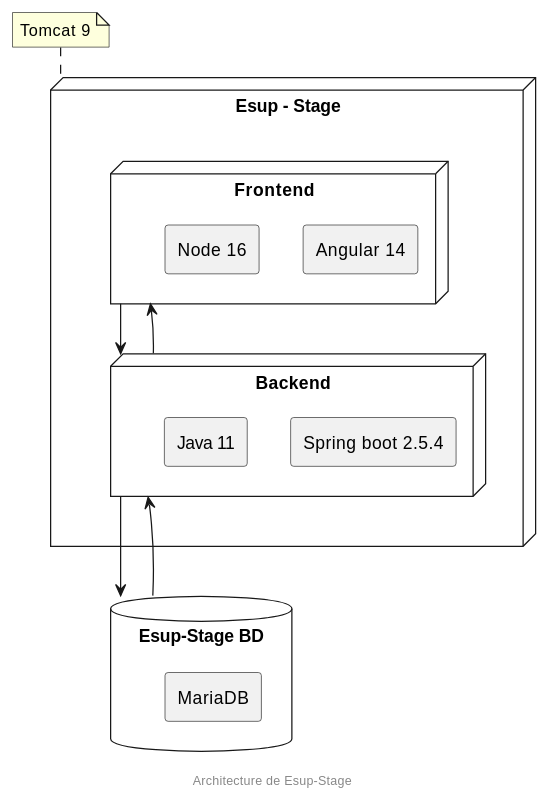
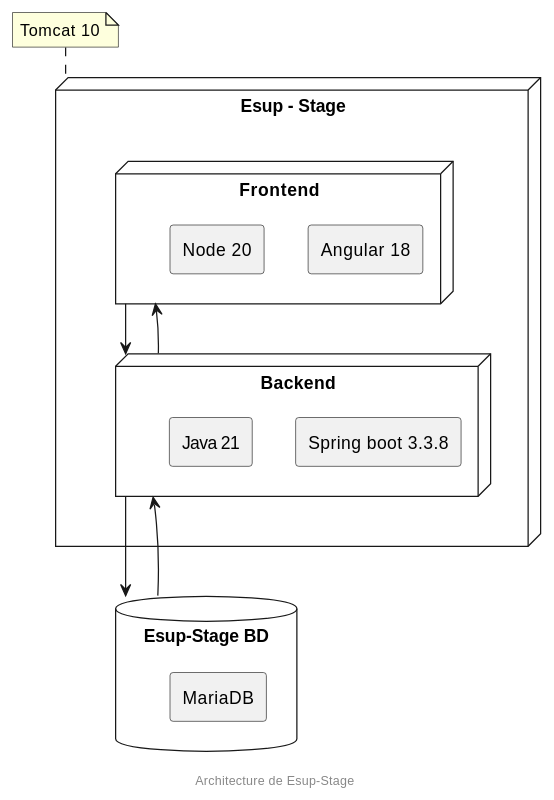
The diagram in src/docs/modules/doc-technique/pages/archi-tech.adoc (EsupPortail/esup-stage), drawn with PlantUML before and after one commit. The commit also changed 6 other files, not shown here.

```diff
--- a/src/docs/modules/doc-technique/pages/archi-tech.adoc
+++ b/src/docs/modules/doc-technique/pages/archi-tech.adoc
@@ -5,43 +5,43 @@
 [plantuml]
 ----
 @startuml
 skinparam componentStyle rectangle
 
 Node "Esup - Stage" {
 
 
     
     
     Node "Frontend" as frontend {
-        [Angular 14] as angular
-        [Node 16] as Node
+        [Angular 18] as angular
+        [Node 20] as Node
     }
     
     Node "Backend" as backend {
-        [Spring boot 2.5.4] as spring
-        [Java 11] as java
+        [Spring boot 3.3.8] as spring
+        [Java 21] as java
     }
     
 
 }
 
     note top of "Esup - Stage"
-    Tomcat 9
+    Tomcat 10
     end note
     
 
 database "Esup-Stage BD" as db {
     component "MariaDB" as mariadb
 }
 
 frontend -[hidden]d- backend
 backend -[hidden]d- db
 
 frontend -down-> backend
 backend -up-> frontend
 backend -down-> db
 db -up-> backend
 
 center footer Architecture de Esup-Stage
 @enduml
 ----
```
